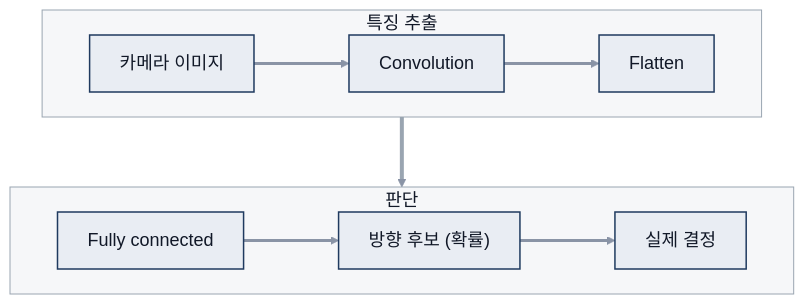
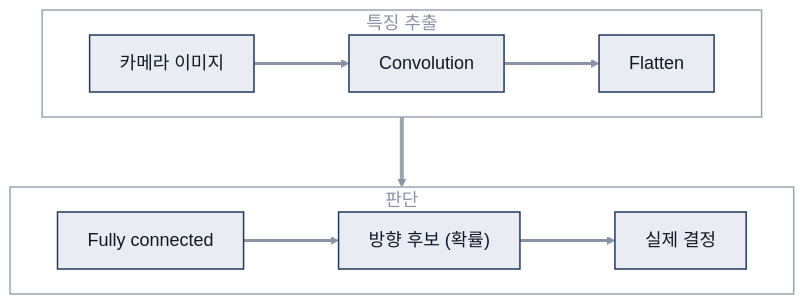
One commit to Jenny5789/python changed the third of 3 diagrams in study_archive/artificial_intelligence/06_cnn.md. Above: the diagram before and after it, drawn with Mermaid. The commit also changed other lines of this file and 16 other files, not shown here.

````diff
--- a/study_archive/artificial_intelligence/06_cnn.md
+++ b/study_archive/artificial_intelligence/06_cnn.md
@@ -134,18 +136,18 @@
 ```mermaid
 %%{init: {'theme': 'base', 'themeVariables': {'fontSize': '18px', 'primaryColor': '#E9EDF3', 'primaryBorderColor': '#1F3A5F', 'primaryTextColor': '#111827', 'lineColor': '#8A94A6', 'secondaryColor': '#F3F4F6', 'tertiaryColor': '#F3F4F6', 'clusterBkg': '#F6F7F9', 'clusterBorder': '#9AA5B1', 'edgeLabelBackground': '#E9EDF3'}, 'flowchart': {'nodeSpacing': 30, 'rankSpacing': 70}}}%%
 flowchart TD
   classDef default fill:#E9EDF3,stroke:#1F3A5F,stroke-width:1.5px,color:#111827
   linkStyle default stroke:#8A94A6,stroke-width:3px,color:#111827
   subgraph IN["특징 추출"]
     direction LR
     A["카메라 이미지"] --> B["Convolution"] --> C["Flatten"]
   end
   subgraph DE["판단"]
     direction LR
     D["Fully connected"] --> E["방향 후보 (확률)"] --> F["실제 결정"]
   end
   IN --> DE
-  style IN fill:#F6F7F9,stroke:#9AA5B1,color:#111827
-  style DE fill:#F6F7F9,stroke:#9AA5B1,color:#111827
+  style IN fill:none,stroke:#9AA5B1,stroke-width:1.5px,color:#8A94A6
+  style DE fill:none,stroke:#9AA5B1,stroke-width:1.5px,color:#8A94A6
   linkStyle 4 stroke:#9AA5B1,stroke-width:4px
 ```
````
